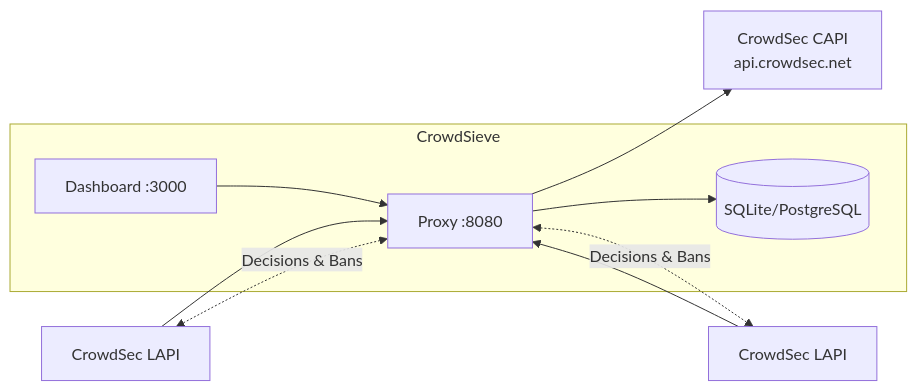
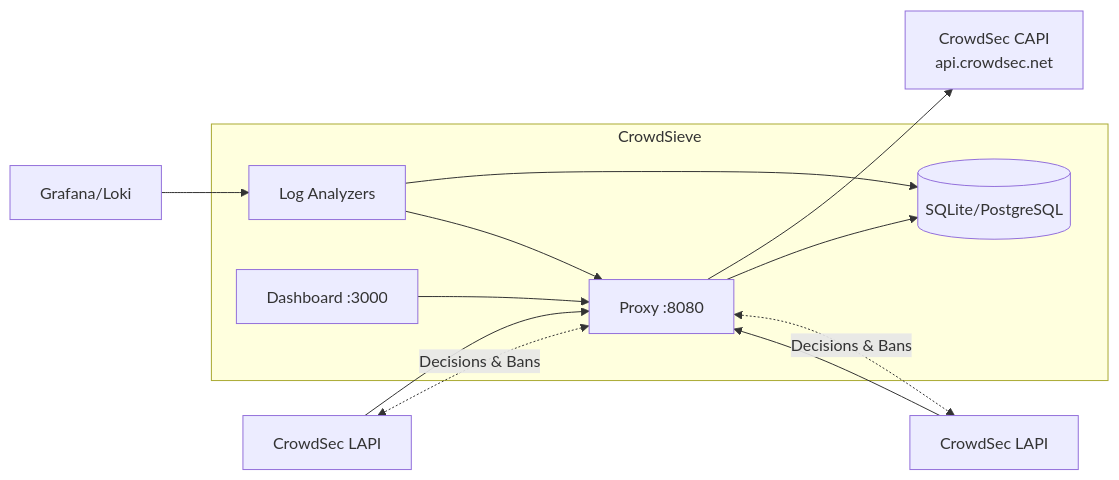
The diagram in README.md (linagora/crowdsieve), drawn with Mermaid before and after one commit. The commit also changed other lines of this file and 20 other files, not shown here.

Commit message:
Add integrated log analyzer system with Grafana/Loki support

````diff
--- a/README.md
+++ b/README.md
@@ -326,17 +431,21 @@
 ```mermaid
 flowchart LR
     LAPI1[CrowdSec LAPI] --> Proxy
     LAPI2[CrowdSec LAPI] --> Proxy
     Proxy --> CAPI[CrowdSec CAPI<br/>api.crowdsec.net]
+    Loki[Grafana/Loki] --> Analyzers
 
     subgraph CrowdSieve
         Proxy[Proxy :8080]
         DB[(SQLite/PostgreSQL)]
         Dashboard[Dashboard :3000]
+        Analyzers[Log Analyzers]
         Proxy --> DB
         Dashboard --> Proxy
+        Analyzers --> DB
+        Analyzers --> Proxy
     end
 
     Proxy <-.->|Decisions & Bans| LAPI1
     Proxy <-.->|Decisions & Bans| LAPI2
 ```
````
